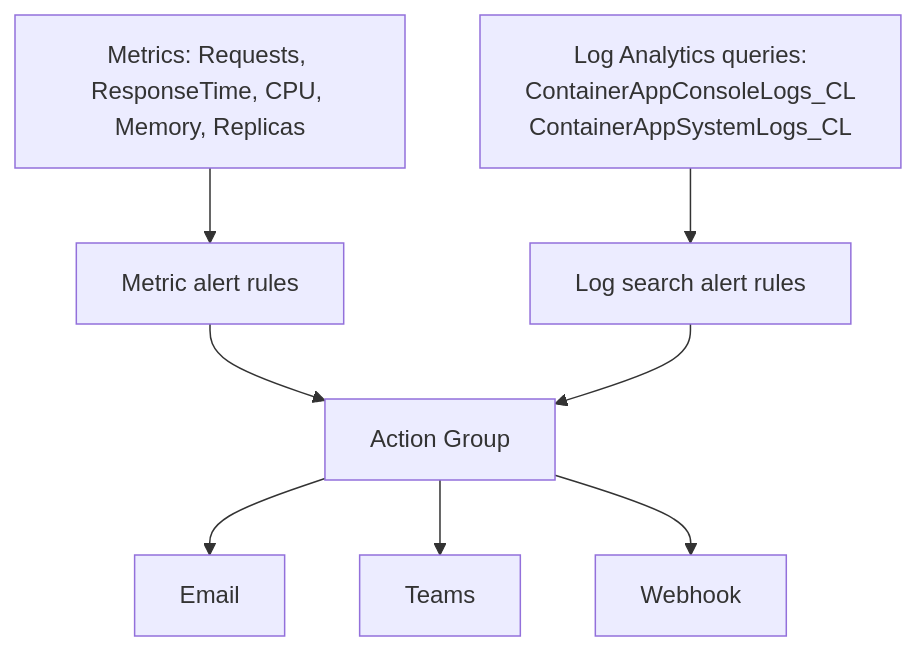
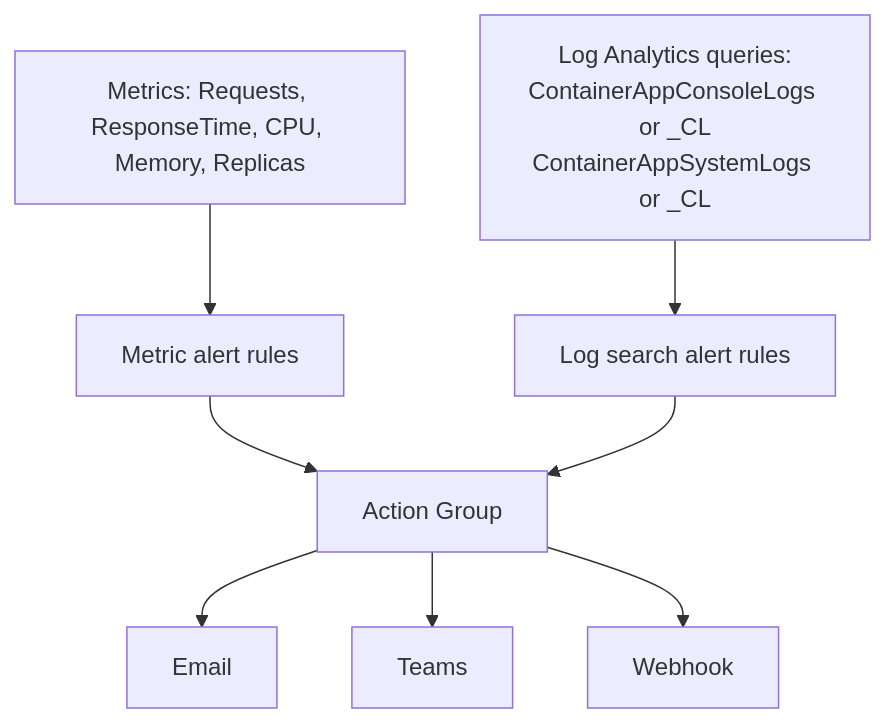
One commit to yeongseon/azure-container-apps-practical-guide changed the first of 2 diagrams in docs/operations/monitoring/index.md. Above: the diagram before and after it, drawn with Mermaid. The commit also changed other lines of this file and 17 other files, not shown here.

````diff
--- a/docs/operations/monitoring/index.md
+++ b/docs/operations/monitoring/index.md
@@ -25,10 +25,10 @@
 ```mermaid
 flowchart TD
     METRICS[Metrics: Requests, ResponseTime, CPU, Memory, Replicas] --> METRIC_ALERTS[Metric alert rules]
-    LOGS[Log Analytics queries:<br/>ContainerAppConsoleLogs_CL<br/>ContainerAppSystemLogs_CL] --> LOG_ALERTS[Log search alert rules]
+    LOGS[Log Analytics queries:<br/>ContainerAppConsoleLogs or _CL<br/>ContainerAppSystemLogs or _CL] --> LOG_ALERTS[Log search alert rules]
     METRIC_ALERTS --> AG[Action Group]
     LOG_ALERTS --> AG
     AG --> EMAIL[Email]
     AG --> TEAMS[Teams]
     AG --> WEBHOOK[Webhook]
 ```
````
